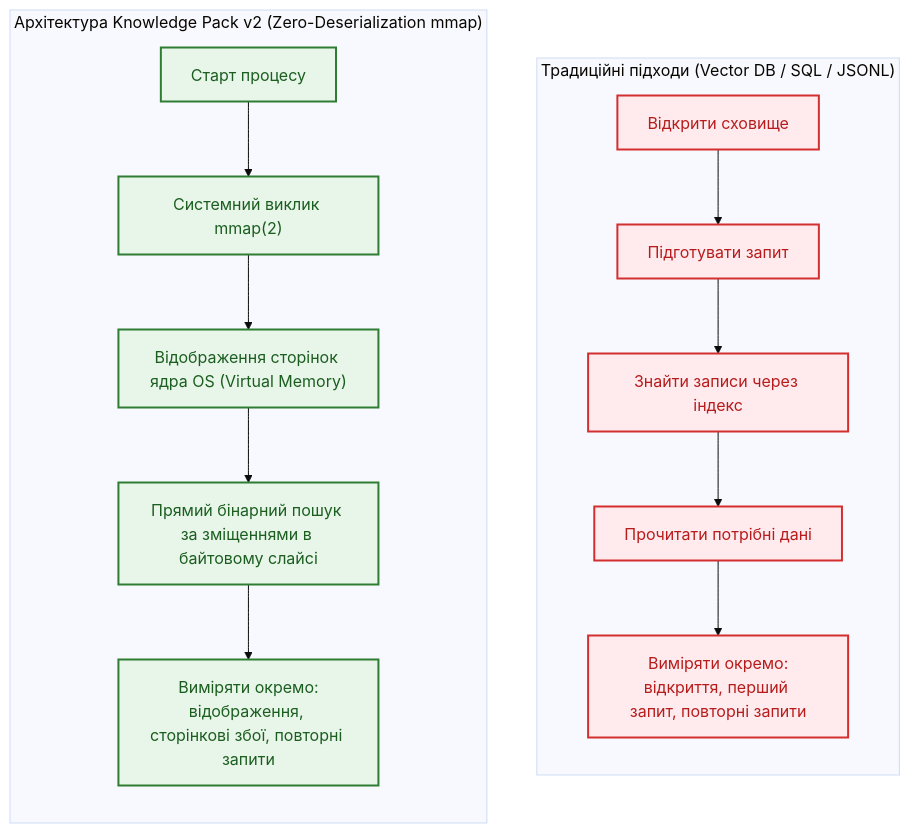
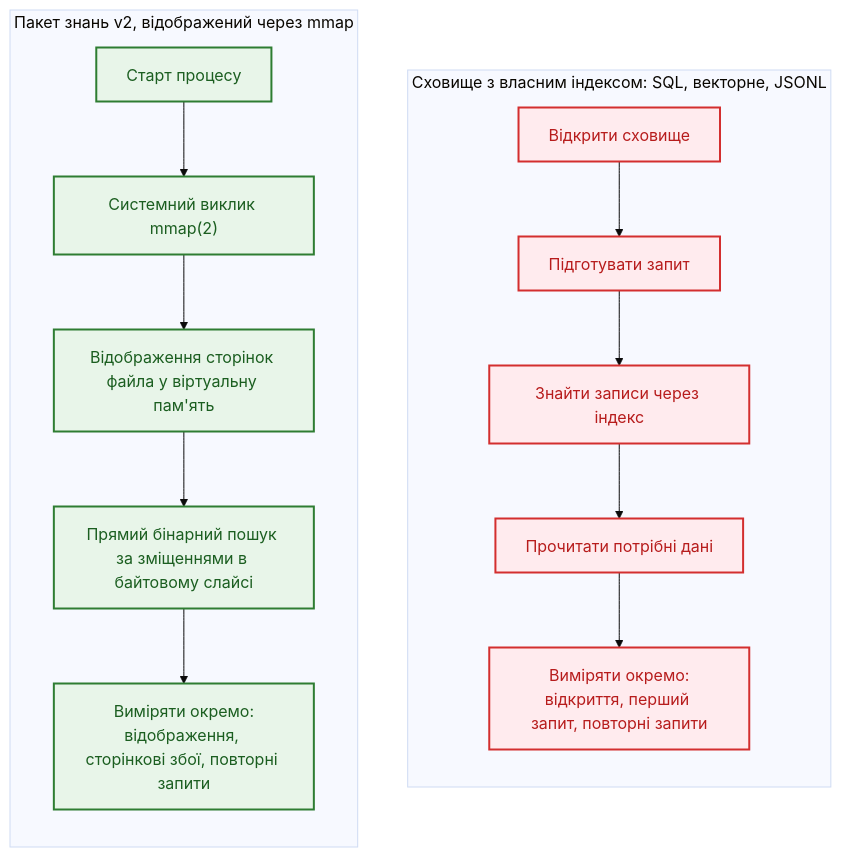
The third of 7 diagrams in ExpertSystem/ch32-high-performance-knowledge-packs-mmap-and-harvesting.md (nick-fedchik/articles), drawn with Mermaid (base theme) before and after one commit. The commit also changed other lines of this file and 43 other files, not shown here.

First line of the commit message:
docs(es): deepen chapters 24 and 27-32, rework mmap pack reader and clustering code, add diagnosis, lattice and knowledge-pack experiment memos

````diff
--- a/ExpertSystem/ch32-high-performance-knowledge-packs-mmap-and-harvesting.md
+++ b/ExpertSystem/ch32-high-performance-knowledge-packs-mmap-and-harvesting.md
@@ -190,27 +190,27 @@
 ```mermaid
 flowchart TD
     accTitle: Два шляхи читання й межі вимірювання
     accDescr: Сховище виконує запит через власний індекс, а mmap-пакет через адресовані записи; для обох окремо вимірюються відкриття, перший запит і повторні запити.
 
-    subgraph LegacyApproach["Традиційні підходи (Vector DB / SQL / JSONL)"]
+    subgraph LegacyApproach["Сховище з власним індексом: SQL, векторне, JSONL"]
         direction TB
         L1["Відкрити сховище"] --> L2["Підготувати запит"]
         L2 --> L3["Знайти записи через індекс"]
         L3 --> L4["Прочитати потрібні дані"]
         L4 --> L5["Виміряти окремо:<br/>відкриття, перший запит, повторні запити"]
     end
 
-    subgraph MmapApproach["Архітектура Knowledge Pack v2 (Zero-Deserialization mmap)"]
+    subgraph MmapApproach["Пакет знань v2, відображений через mmap"]
         direction TB
         M1["Старт процесу"] --> M2["Системний виклик mmap(2)"]
-        M2 --> M3["Відображення сторінок ядра OS (Virtual Memory)"]
+        M2 --> M3["Відображення сторінок файла у віртуальну пам'ять"]
         M3 --> M4["Прямий бінарний пошук за зміщеннями в байтовому слайсі"]
         M4 --> M5["Виміряти окремо:<br/>відображення, сторінкові збої, повторні запити"]
     end
 
     classDef legacy fill:#ffebee,stroke:#d32f2f,stroke-width:2px,color:#b71c1c;
     classDef mmap fill:#e8f5e9,stroke:#2e7d32,stroke-width:2px,color:#1b5e20;
 
     class L1,L2,L3,L4,L5 legacy;
     class M1,M2,M3,M4,M5 mmap;
 ```
````
